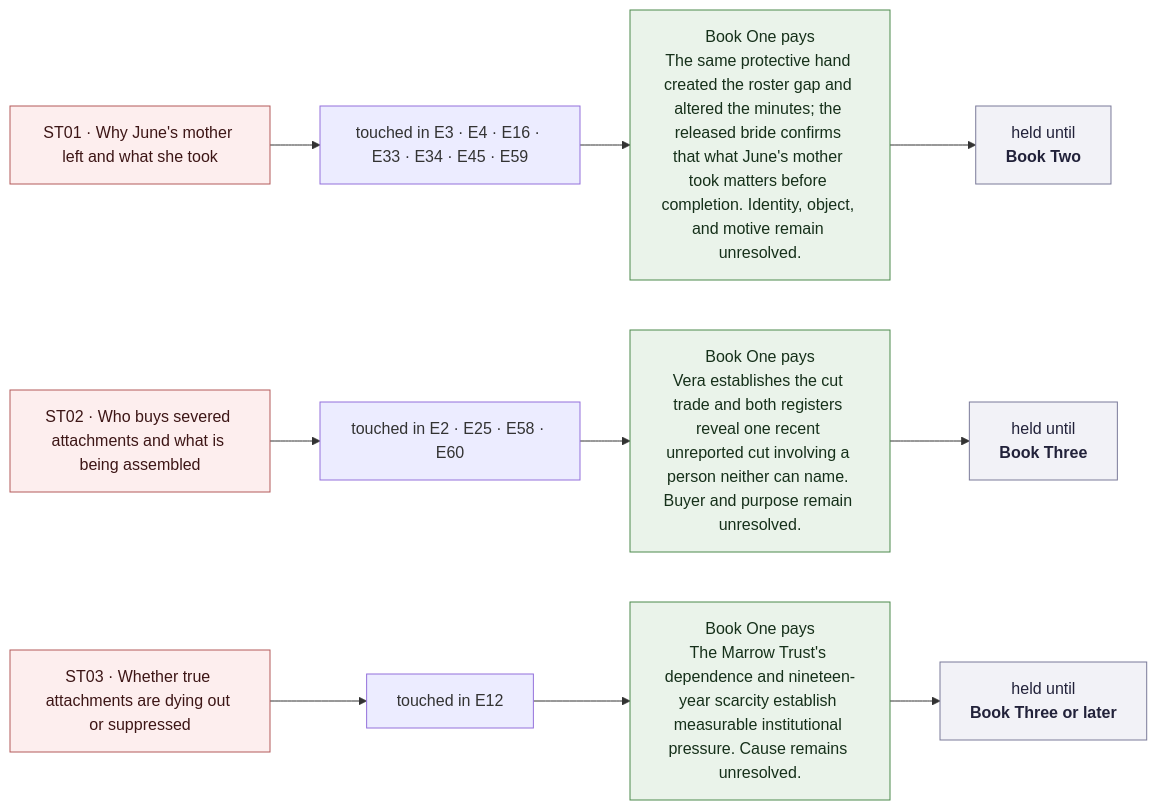
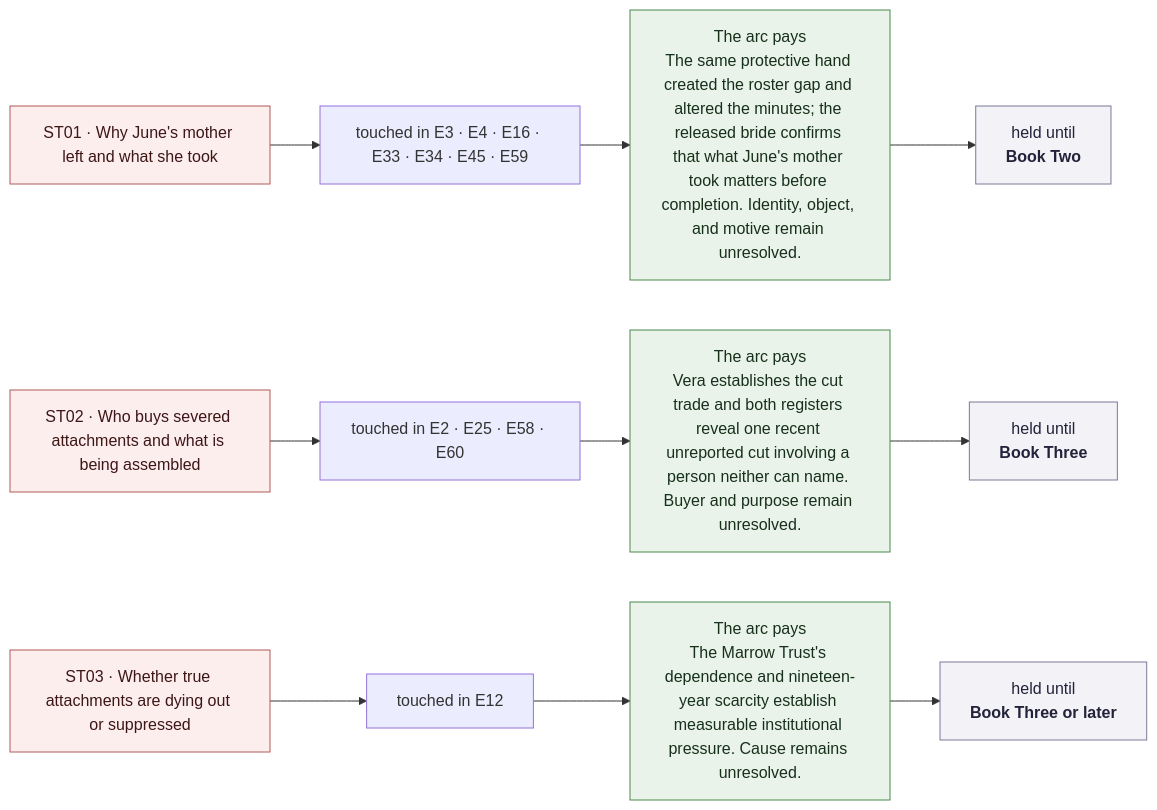
One commit to Coaden/half-spoken-vow changed the eighth of 8 diagrams in WorldState/BookOneNarrativeFlow.md. Above: the diagram before and after it, drawn with Mermaid. The commit also changed other lines of this file and 1 other file, not shown here.

First line of the commit message:
Move narrative flow atlas generator into Scripts

````diff
--- a/WorldState/BookOneNarrativeFlow.md
+++ b/WorldState/BookOneNarrativeFlow.md
@@ -529,30 +533,30 @@
 ```mermaid
 flowchart LR
   classDef q fill:#fdeeee,stroke:#b35a5a,color:#3d1616;
   classDef pay fill:#eaf3ea,stroke:#4c8a4c,color:#16301a;
   classDef gate fill:#f2f2f7,stroke:#7a7a99,color:#22223a;
   Q0["ST01 · Why June's mother left and what she took"]
-  P0["Book One pays<br/>The same protective hand created the roster gap and altered the minutes; the released bride confirms that what June's mother took matters before completion. Identity, object, and motive remain unresolved."]
+  E0_t["touched in E3 · E4 · E16 · E33 · E34 · E45 · E59"]
+  P0["The arc pays<br/>The same protective hand created the roster gap and altered the minutes; the released bride confirms that what June's mother took matters before completion. Identity, object, and motive remain unresolved."]
   G0["held until<br/><b>Book Two</b>"]
-  E0_t["touched in E3 · E4 · E16 · E33 · E34 · E45 · E59"]
   Q0 --> E0_t --> P0 --> G0
   class Q0 q;
   class P0 pay;
   class G0 gate;
   Q1["ST02 · Who buys severed attachments and what is being assembled"]
-  P1["Book One pays<br/>Vera establishes the cut trade and both registers reveal one recent unreported cut involving a person neither can name. Buyer and purpose remain unresolved."]
+  E1_t["touched in E2 · E25 · E58 · E60"]
+  P1["The arc pays<br/>Vera establishes the cut trade and both registers reveal one recent unreported cut involving a person neither can name. Buyer and purpose remain unresolved."]
   G1["held until<br/><b>Book Three</b>"]
-  E1_t["touched in E2 · E25 · E58 · E60"]
   Q1 --> E1_t --> P1 --> G1
   class Q1 q;
   class P1 pay;
   class G1 gate;
   Q2["ST03 · Whether true attachments are dying out or suppressed"]
-  P2["Book One pays<br/>The Marrow Trust's dependence and nineteen-year scarcity establish measurable institutional pressure. Cause remains unresolved."]
+  E2_t["touched in E12"]
+  P2["The arc pays<br/>The Marrow Trust's dependence and nineteen-year scarcity establish measurable institutional pressure. Cause remains unresolved."]
   G2["held until<br/><b>Book Three or later</b>"]
-  E2_t["touched in E12"]
   Q2 --> E2_t --> P2 --> G2
   class Q2 q;
   class P2 pay;
   class G2 gate;
 ```
````
